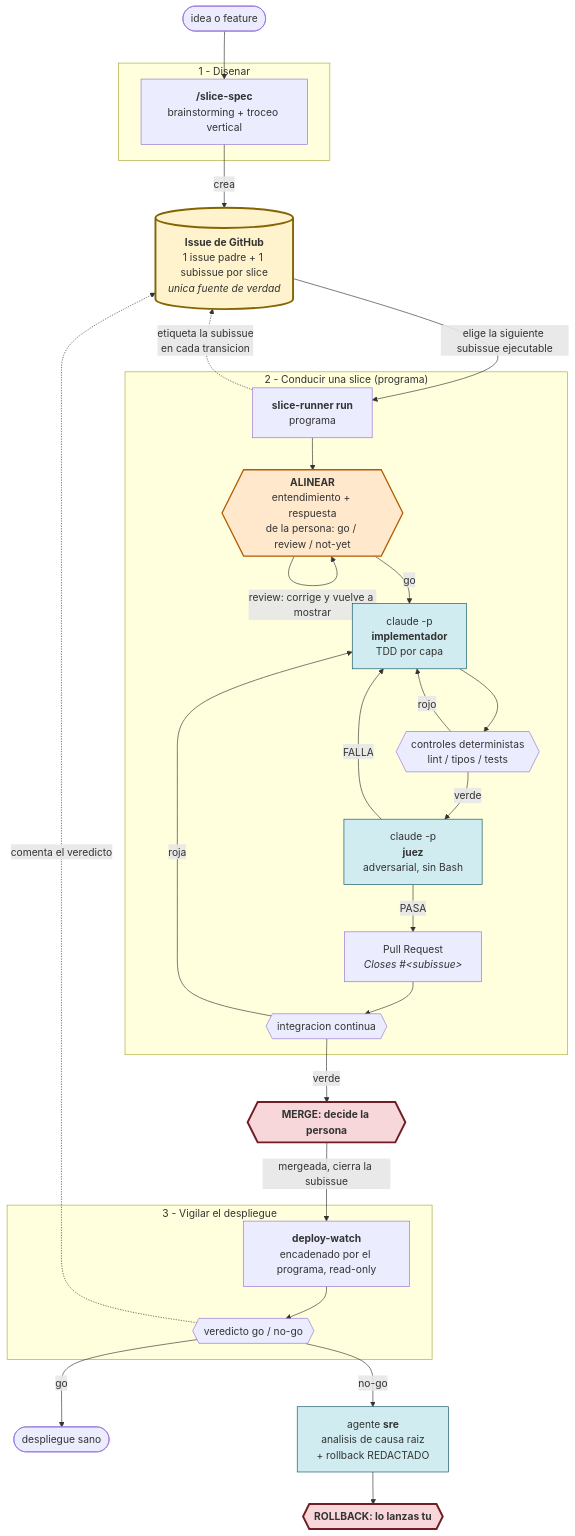
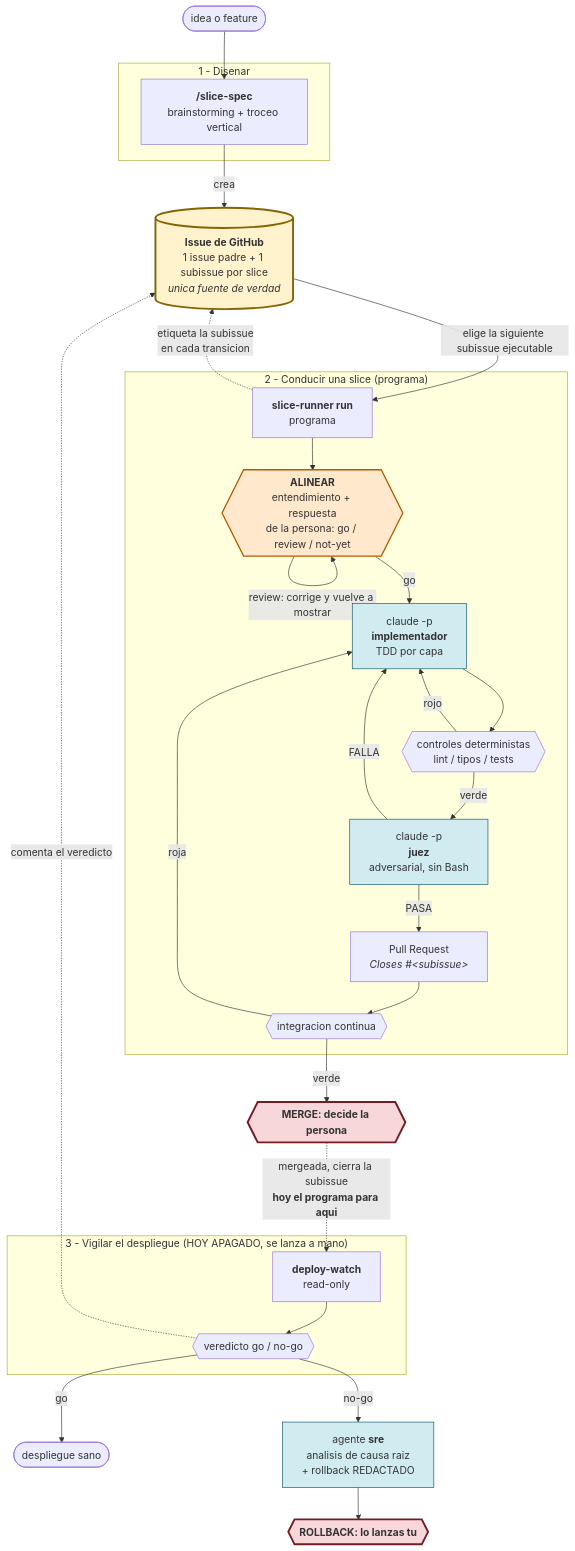
The diagram in README.md (alcaptar/agentic-skills), drawn with Mermaid before and after one commit. The commit also changed other lines of this file and 6 other files, not shown here.

````diff
--- a/README.md
+++ b/README.md
@@ -44,57 +44,57 @@
 ```mermaid
 flowchart TD
     idea([idea o feature]) --> spec
 
     subgraph spec_phase["1 - Disenar"]
         spec["<b>/slice-spec</b><br/>brainstorming + troceo vertical"]
     end
 
     spec -->|crea| issue[("<b>Issue de GitHub</b><br/>1 issue padre + 1 subissue por slice<br/><i>unica fuente de verdad</i>")]
 
     issue -->|"elige la siguiente subissue ejecutable"| runner
 
     subgraph runner_phase["2 - Conducir una slice (programa)"]
         runner["<b>slice-runner run</b><br/>programa"]
         align{{"<b>ALINEAR</b><br/>entendimiento + respuesta<br/>de la persona: go / review / not-yet"}}
         impl["claude -p<br/><b>implementador</b><br/>TDD por capa"]
         ctrl{{"controles deterministas<br/>lint / tipos / tests"}}
         verif["claude -p<br/><b>juez</b><br/>adversarial, sin Bash"]
         pr["Pull Request<br/><i>Closes #&lt;subissue&gt;</i>"]
         ci{{"integracion continua"}}
 
         runner --> align
         align -->|"review: corrige y vuelve a mostrar"| align
         align -->|go| impl --> ctrl
         ctrl -->|rojo| impl
         ctrl -->|verde| verif
         verif -->|FALLA| impl
         verif -->|PASA| pr --> ci
         ci -->|roja| impl
     end
 
     ci -->|verde| gate1
 
     gate1{{"<b>MERGE: decide la persona</b>"}}
-    gate1 -->|"mergeada, cierra la subissue"| watch
+    gate1 -.->|"mergeada, cierra la subissue<br/><b>hoy el programa para aqui</b>"| watch
 
-    subgraph watch_phase["3 - Vigilar el despliegue"]
-        watch["<b>deploy-watch</b><br/>encadenado por el programa, read-only"]
+    subgraph watch_phase["3 - Vigilar el despliegue (HOY APAGADO, se lanza a mano)"]
+        watch["<b>deploy-watch</b><br/>read-only"]
         core{{"veredicto go / no-go"}}
         watch --> core
     end
 
     core -->|go| ok([despliegue sano])
     core -->|no-go| rca["agente <b>sre</b><br/>analisis de causa raiz<br/>+ rollback REDACTADO"]
     rca --> gate2{{"<b>ROLLBACK: lo lanzas tu</b>"}}
 
     runner -.->|"etiqueta la subissue<br/>en cada transicion"| issue
     core -.->|"comenta el veredicto"| issue
 
     style issue fill:#fff3cd,stroke:#856404,stroke-width:3px
     style align fill:#ffe8cc,stroke:#b35c00,stroke-width:2px
     style gate1 fill:#f8d7da,stroke:#721c24,stroke-width:3px
     style gate2 fill:#f8d7da,stroke:#721c24,stroke-width:3px
     style verif fill:#d1ecf1,stroke:#0c5460
     style impl fill:#d1ecf1,stroke:#0c5460
     style rca fill:#d1ecf1,stroke:#0c5460
 ```
````
